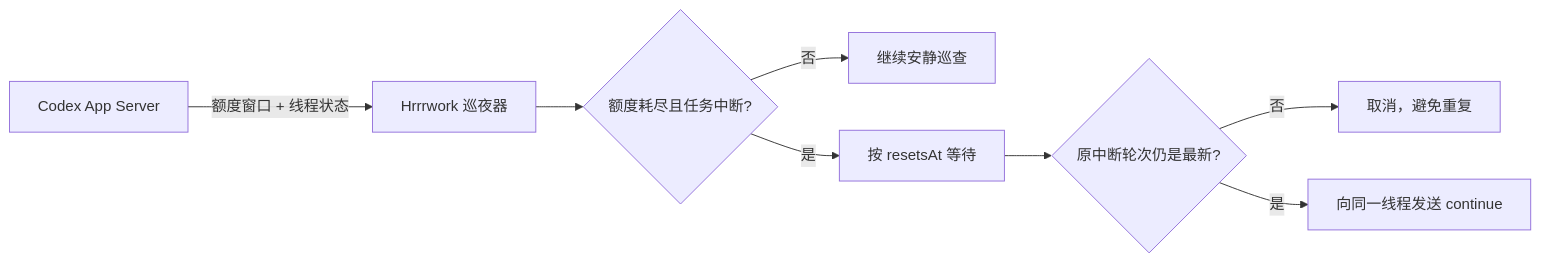
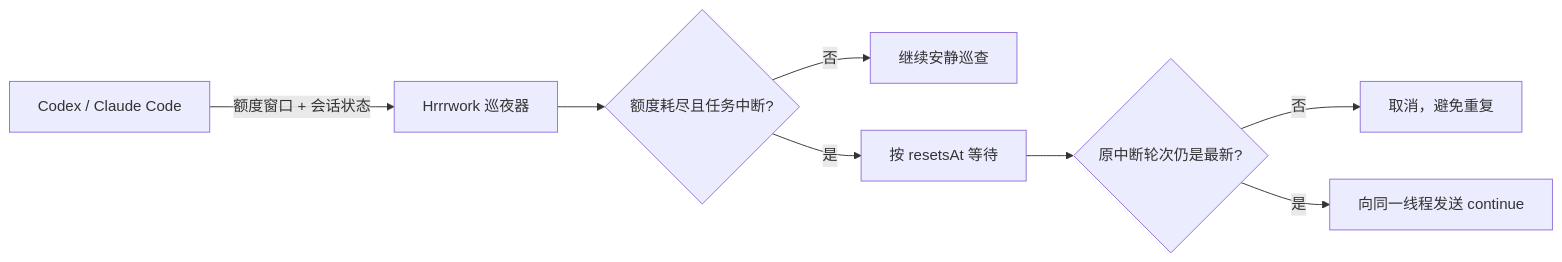
One commit to ChoneyChen/Hrrrwork changed the diagram in README.md. Above: the diagram before and after it, drawn with Mermaid. The commit also changed other lines of this file and 30 other files, not shown here.

````diff
--- a/README.md
+++ b/README.md
@@ -61,10 +93,10 @@
 ```mermaid
 flowchart LR
-    A[Codex App Server] -->|额度窗口 + 线程状态| B[Hrrrwork 巡夜器]
+    A[Codex / Claude Code] -->|额度窗口 + 会话状态| B[Hrrrwork 巡夜器]
     B --> C{额度耗尽且任务中断?}
     C -->|否| D[继续安静巡查]
     C -->|是| E[按 resetsAt 等待]
     E --> F{原中断轮次仍是最新?}
     F -->|否| G[取消，避免重复]
     F -->|是| H[向同一线程发送 continue]
 ```
````
